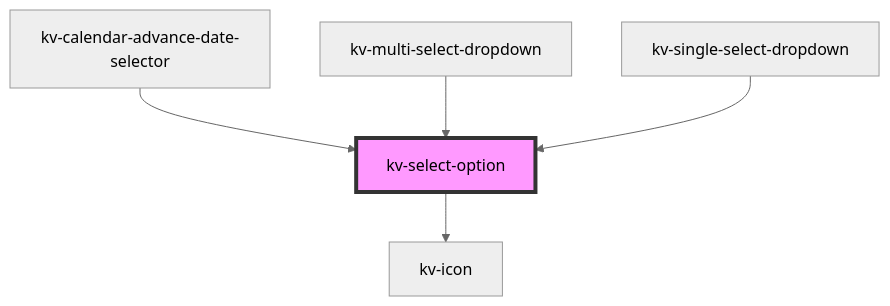
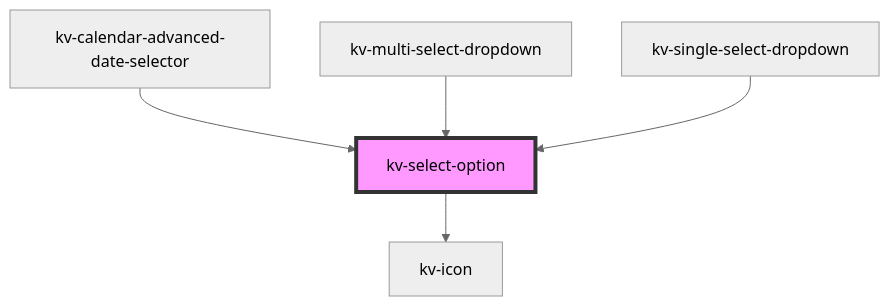
Before and after one commit to kelvininc/ui-components: the diagram in packages/ui-components/src/components/select-option/readme.md, drawn with Mermaid (neutral theme). The commit also changed other lines of this file and 74 other files, not shown here.

````diff
--- a/packages/ui-components/src/components/select-option/readme.md
+++ b/packages/ui-components/src/components/select-option/readme.md
@@ -90,8 +88,8 @@
 ```mermaid
 graph TD;
   kv-select-option --> kv-icon
-  kv-calendar-advance-date-selector --> kv-select-option
+  kv-calendar-advanced-date-selector --> kv-select-option
   kv-multi-select-dropdown --> kv-select-option
   kv-single-select-dropdown --> kv-select-option
   style kv-select-option fill:#f9f,stroke:#333,stroke-width:4px
 ```
````
